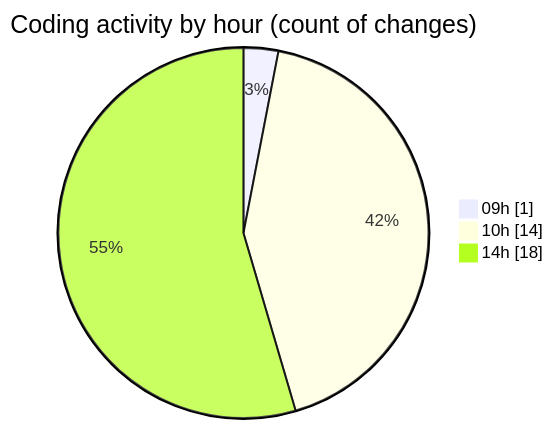
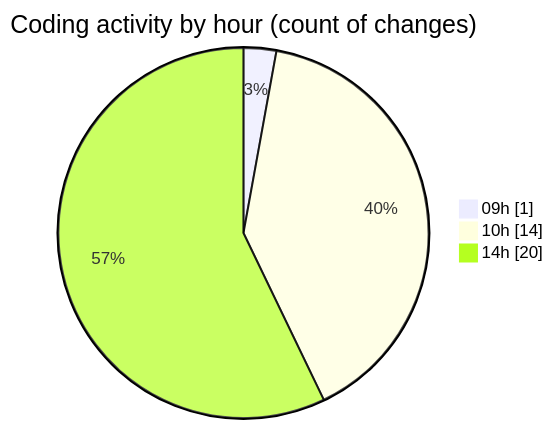
The second of 2 diagrams in 2025-11-13/cda/README.md (momahboobian/code-tracking), drawn with Mermaid before and after one commit. The commit also changed other lines of this file and 1 other file, not shown here.

````diff
--- a/2025-11-13/cda/README.md
+++ b/2025-11-13/cda/README.md
@@ -41,7 +41,7 @@
 ```mermaid
 pie showData
 title Coding activity by hour (count of changes)
 "09h" : 1
 "10h" : 14
-"14h" : 18
+"14h" : 20
 ```
````
